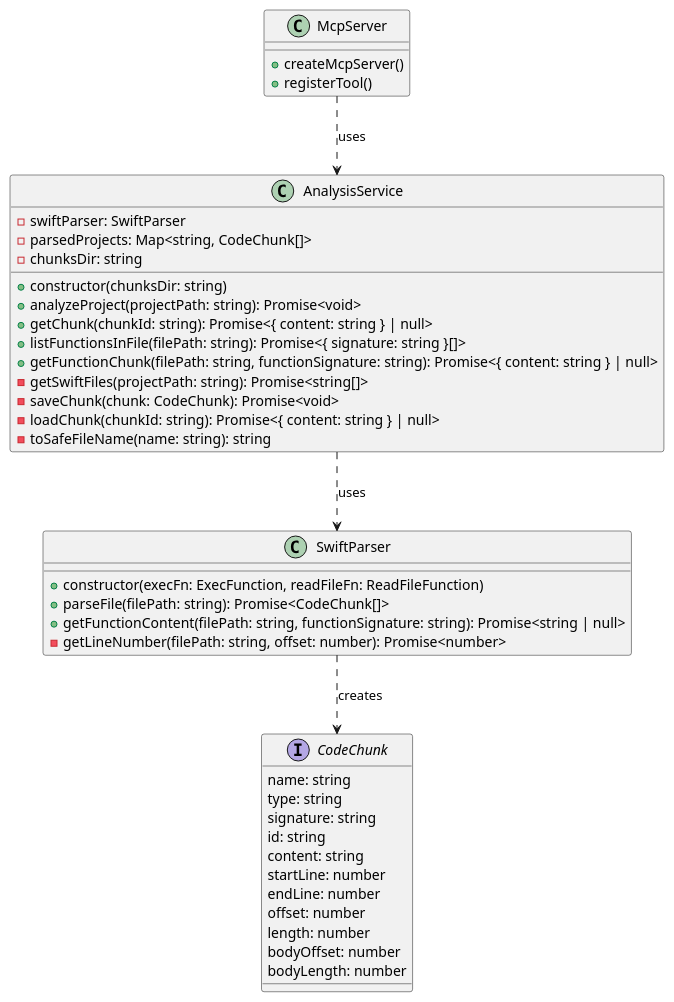
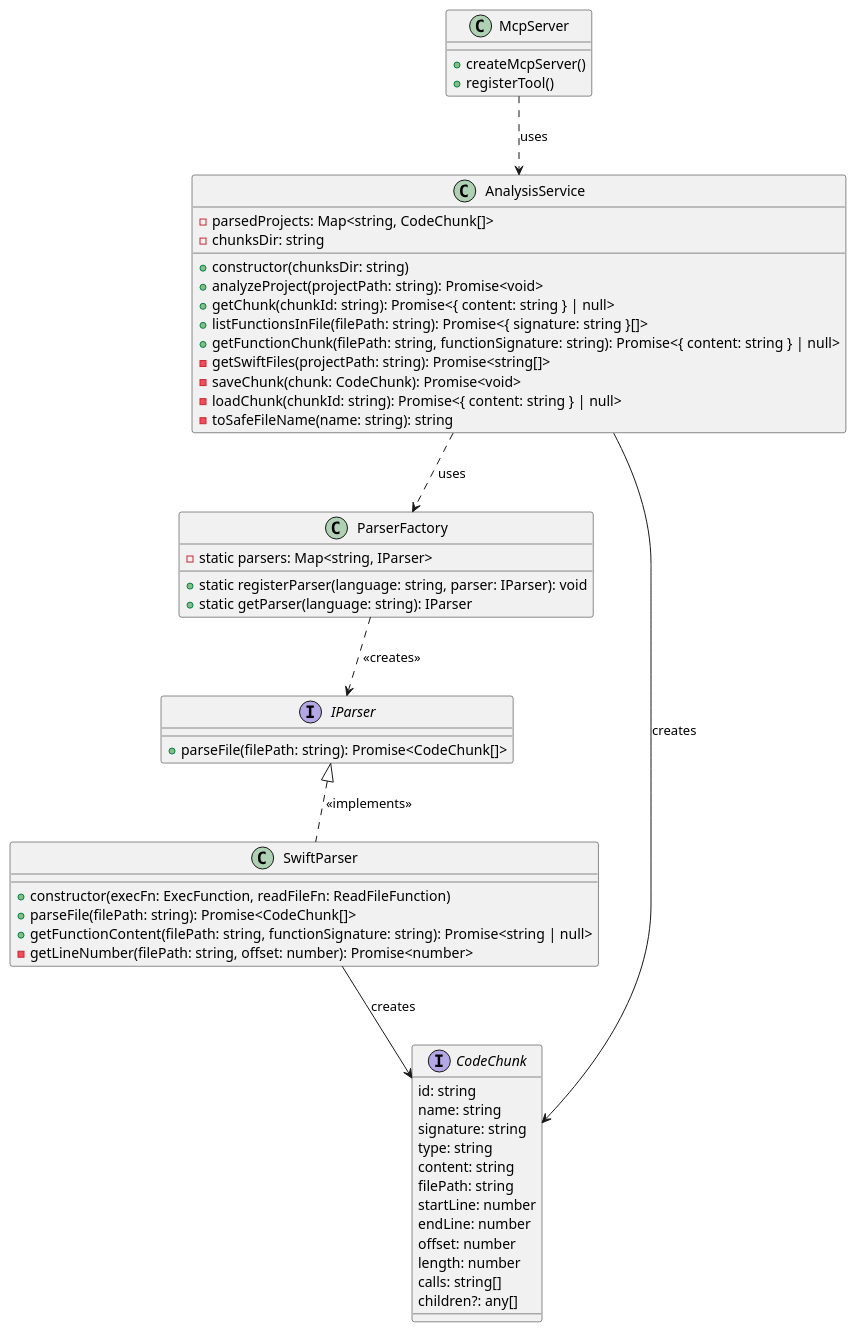
One commit to aoitan/project-analyzer-mcp changed the diagram in doc/diagrams/class_diagram.puml. Above: the diagram before and after it, drawn with PlantUML. The commit also changed 4 other files, not shown here.

```diff
--- a/doc/diagrams/class_diagram.puml
+++ b/doc/diagrams/class_diagram.puml
@@ -1,48 +1,61 @@
 @startuml
 
 class McpServer {
   + createMcpServer()
   + registerTool()
 }
 
+interface IParser {
+  + parseFile(filePath: string): Promise<CodeChunk[]>
+}
+
+class ParserFactory {
+  - static parsers: Map<string, IParser>
+  + static registerParser(language: string, parser: IParser): void
+  + static getParser(language: string): IParser
+}
+
 class AnalysisService {
-  - swiftParser: SwiftParser
   - parsedProjects: Map<string, CodeChunk[]>
   - chunksDir: string
   + constructor(chunksDir: string)
   + analyzeProject(projectPath: string): Promise<void>
   + getChunk(chunkId: string): Promise<{ content: string } | null>
   + listFunctionsInFile(filePath: string): Promise<{ signature: string }[]>
   + getFunctionChunk(filePath: string, functionSignature: string): Promise<{ content: string } | null>
   - getSwiftFiles(projectPath: string): Promise<string[]>
   - saveChunk(chunk: CodeChunk): Promise<void>
   - loadChunk(chunkId: string): Promise<{ content: string } | null>
   - toSafeFileName(name: string): string
 }
 
 class SwiftParser {
   + constructor(execFn: ExecFunction, readFileFn: ReadFileFunction)
   + parseFile(filePath: string): Promise<CodeChunk[]>
   + getFunctionContent(filePath: string, functionSignature: string): Promise<string | null>
   - getLineNumber(filePath: string, offset: number): Promise<number>
 }
 
 interface CodeChunk {
+  id: string
   name: string
+  signature: string
   type: string
-  signature: string
-  id: string
   content: string
+  filePath: string
   startLine: number
   endLine: number
   offset: number
   length: number
-  bodyOffset: number
-  bodyLength: number
+  calls: string[]
+  children?: any[]
 }
 
 McpServer ..> AnalysisService : uses
-AnalysisService ..> SwiftParser : uses
-SwiftParser ..> CodeChunk : creates
+AnalysisService ..> ParserFactory : uses
+ParserFactory ..> IParser : <<creates>>
+SwiftParser .up.|> IParser : <<implements>>
+AnalysisService --> CodeChunk : creates
+SwiftParser --> CodeChunk : creates
 
 @enduml
```
